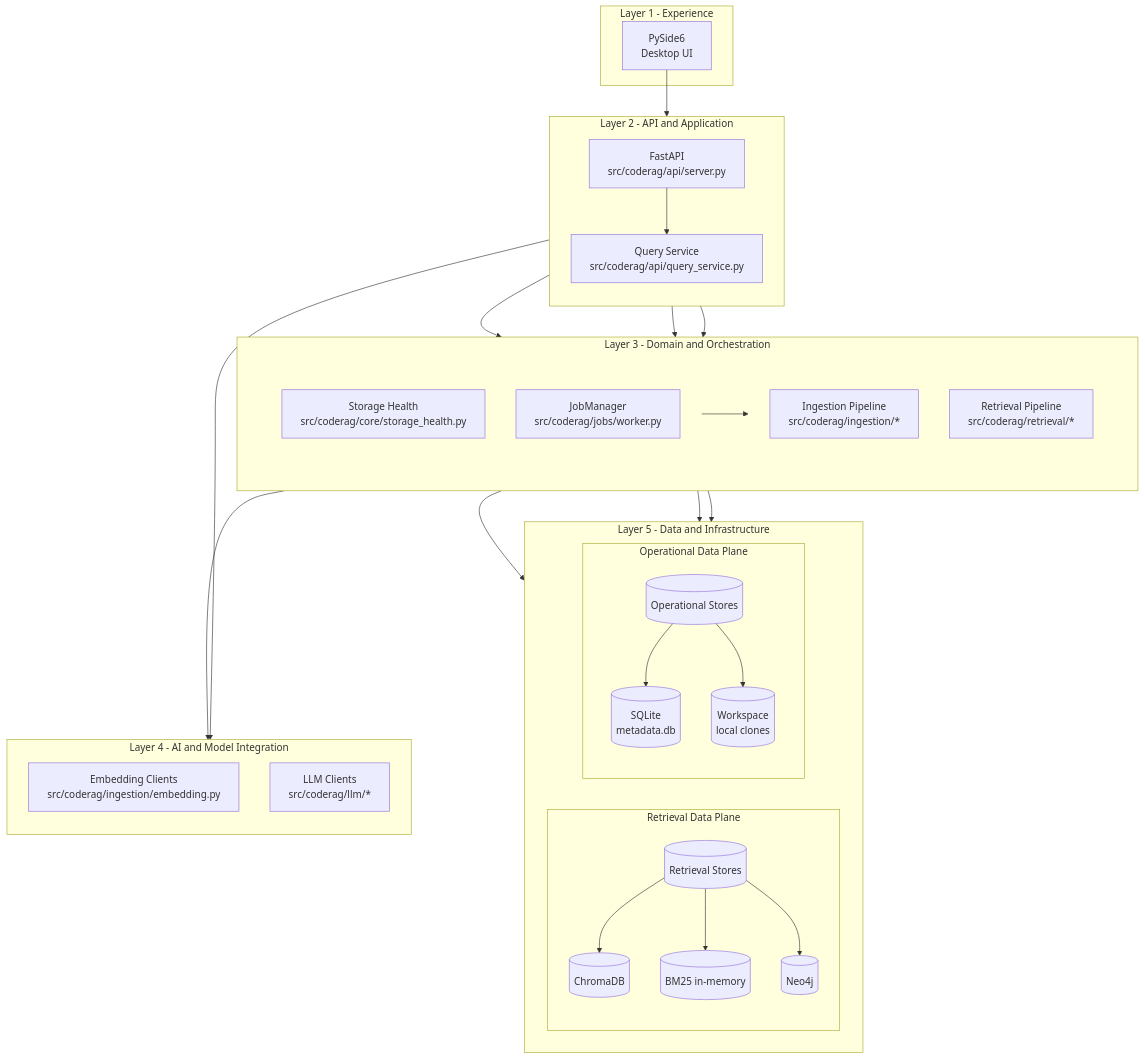
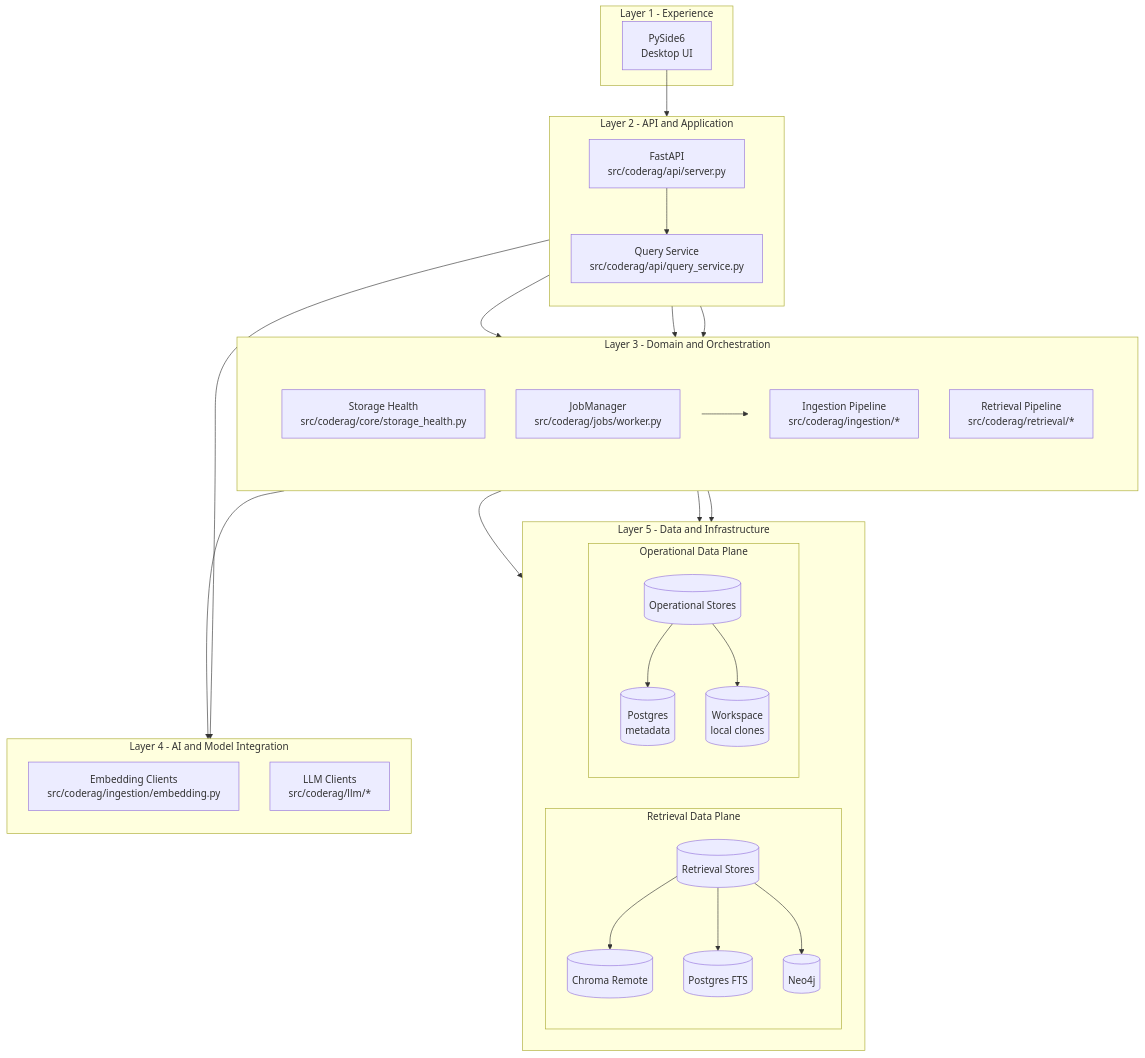
The third of 10 diagrams in docs/ARCHITECTURE.md (gherrerz/KDB-RAG-Repo), drawn with Mermaid before and after one commit. The commit also changed other lines of this file and 11 other files, not shown here.

Commit message:
docs: align runtime architecture references

````diff
--- a/docs/ARCHITECTURE.md
+++ b/docs/ARCHITECTURE.md
@@ -70,76 +78,76 @@
 ```mermaid
 flowchart TB
     subgraph L1[Layer 1 - Experience]
         UI[PySide6<br/>Desktop UI]
     end
 
     subgraph L2[Layer 2 - API and Application]
         direction TB
         API[FastAPI<br/>src/coderag/api/server.py]
         QS[Query Service<br/>src/coderag/api/query_service.py]
     end
 
     subgraph L3[Layer 3 - Domain and Orchestration]
         direction LR
 
         subgraph L3L[ ]
             direction TB
             HEALTH[Storage Health<br/>src/coderag/core/storage_health.py]
             JM[JobManager<br/>src/coderag/jobs/worker.py]
         end
 
         subgraph L3R[ ]
             direction TB
             ING[Ingestion Pipeline<br/>src/coderag/ingestion/*]
             RET[Retrieval Pipeline<br/>src/coderag/retrieval/*]
         end
     end
 
     subgraph L4[Layer 4 - AI and Model Integration]
         direction TB
         EMB[Embedding Clients<br/>src/coderag/ingestion/embedding.py]
         LLM[LLM Clients<br/>src/coderag/llm/*]
     end
 
     subgraph L5[Layer 5 - Data and Infrastructure]
         direction LR
 
         subgraph L5L[Retrieval Data Plane]
             direction TB
             IDX[(Retrieval Stores)]
-            CH[(ChromaDB)]
-            BM[(BM25 in-memory)]
+            CH[(Chroma Remote)]
+            PGLEX[(Postgres FTS)]
             NEO[(Neo4j)]
         end
 
         subgraph L5R[Operational Data Plane]
             direction TB
             OPS[(Operational Stores)]
-            META[(SQLite<br/>metadata.db)]
+            META[(Postgres<br/>metadata)]
             WS[(Workspace<br/>local clones)]
         end
     end
 
     style L3L fill:transparent,stroke:transparent
     style L3R fill:transparent,stroke:transparent
 
     UI --> API
     API --> QS
     API --> JM
     QS --> RET
     JM --> ING
     API --> HEALTH
 
     ING --> EMB
     QS --> LLM
 
     ING --> IDX
     RET --> IDX
     JM --> OPS
 
     IDX --> CH
-    IDX --> BM
+    IDX --> PGLEX
     IDX --> NEO
     OPS --> META
     OPS --> WS
 ```
````
